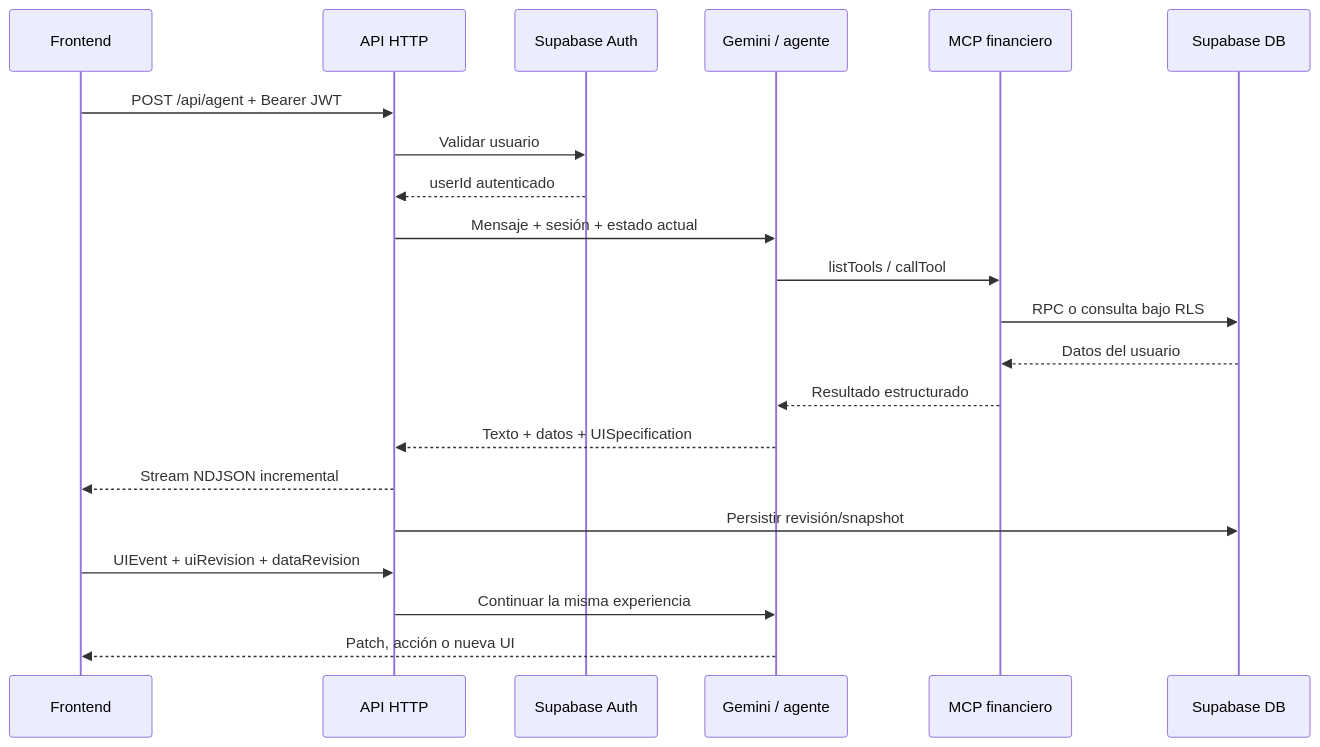
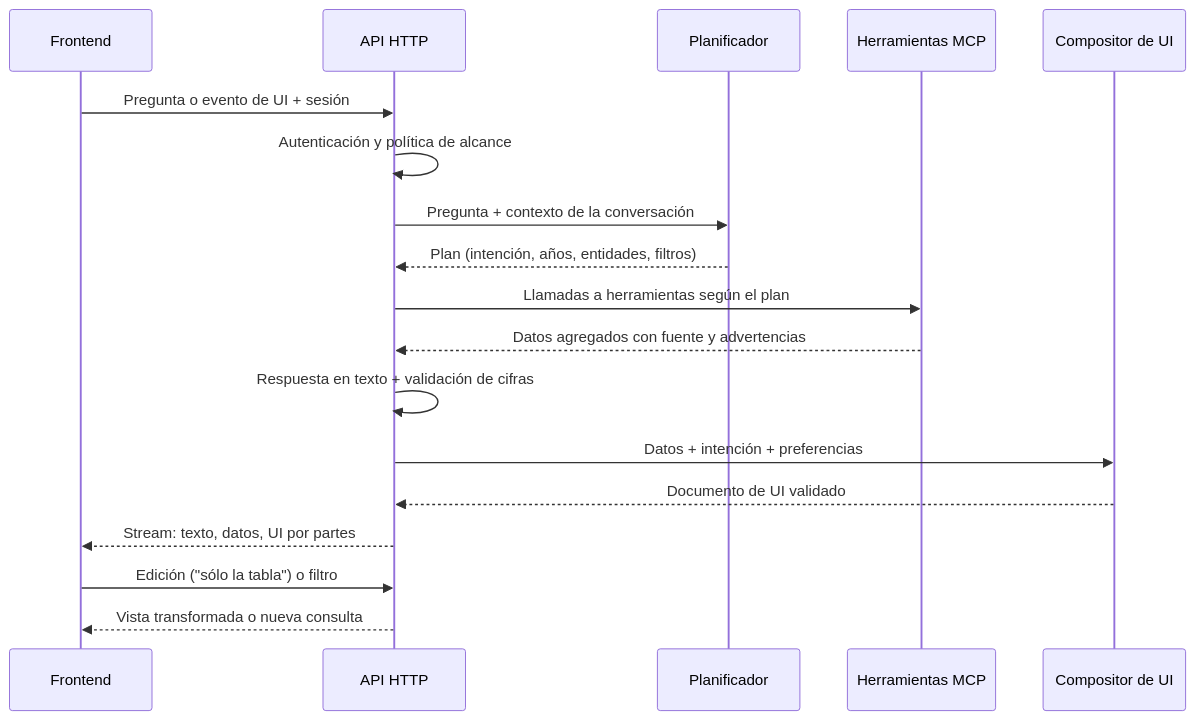
The second of 2 diagrams in README.md (Hydra115-code/Ine-hacktoon), drawn with Mermaid before and after one commit. The commit also changed other lines of this file, not shown here.

Commit message:
Actualiza el README con lo que hace el backend

````diff
--- a/README.md
+++ b/README.md
@@ -40,24 +43,21 @@
 ```mermaid
 sequenceDiagram
     participant Front as Frontend
     participant API as API HTTP
-    participant Auth as Supabase Auth
-    participant Agent as Gemini / agente
-    participant MCP as MCP financiero
-    participant DB as Supabase DB
+    participant Plan as Planificador
+    participant MCP as Herramientas MCP
+    participant UI as Compositor de UI
 
-    Front->>API: POST /api/agent + Bearer JWT
-    API->>Auth: Validar usuario
-    Auth-->>API: userId autenticado
-    API->>Agent: Mensaje + sesión + estado actual
-    Agent->>MCP: listTools / callTool
-    MCP->>DB: RPC o consulta bajo RLS
-    DB-->>MCP: Datos del usuario
-    MCP-->>Agent: Resultado estructurado
-    Agent-->>API: Texto + datos + UISpecification
-    API-->>Front: Stream NDJSON incremental
-    API->>DB: Persistir revisión/snapshot
-    Front->>API: UIEvent + uiRevision + dataRevision
-    API->>Agent: Continuar la misma experiencia
-    Agent-->>Front: Patch, acción o nueva UI
+    Front->>API: Pregunta o evento de UI + sesión
+    API->>API: Autenticación y política de alcance
+    API->>Plan: Pregunta + contexto de la conversación
+    Plan-->>API: Plan (intención, años, entidades, filtros)
+    API->>MCP: Llamadas a herramientas según el plan
+    MCP-->>API: Datos agregados con fuente y advertencias
+    API->>API: Respuesta en texto + validación de cifras
+    API->>UI: Datos + intención + preferencias
+    UI-->>API: Documento de UI validado
+    API-->>Front: Stream: texto, datos, UI por partes
+    Front->>API: Edición ("sólo la tabla") o filtro
+    API-->>Front: Vista transformada o nueva consulta
 ```
````
